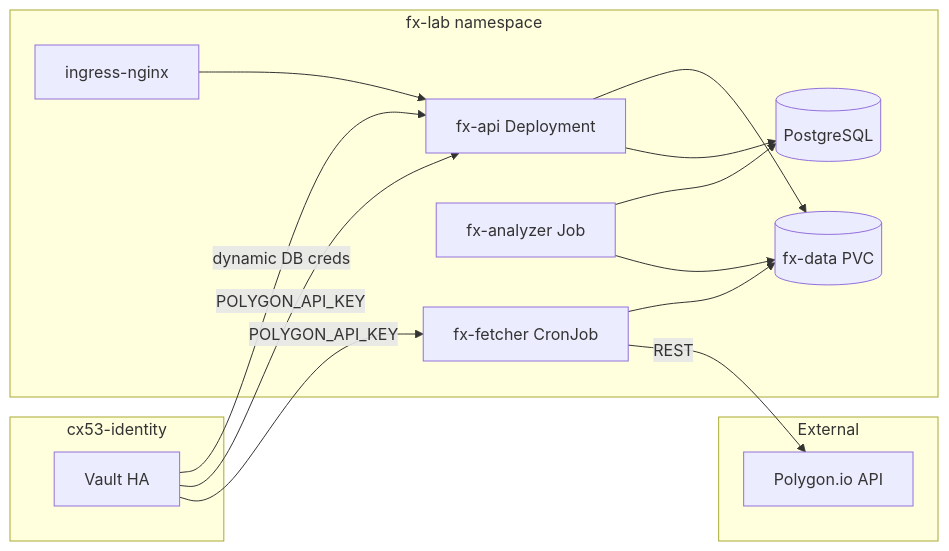
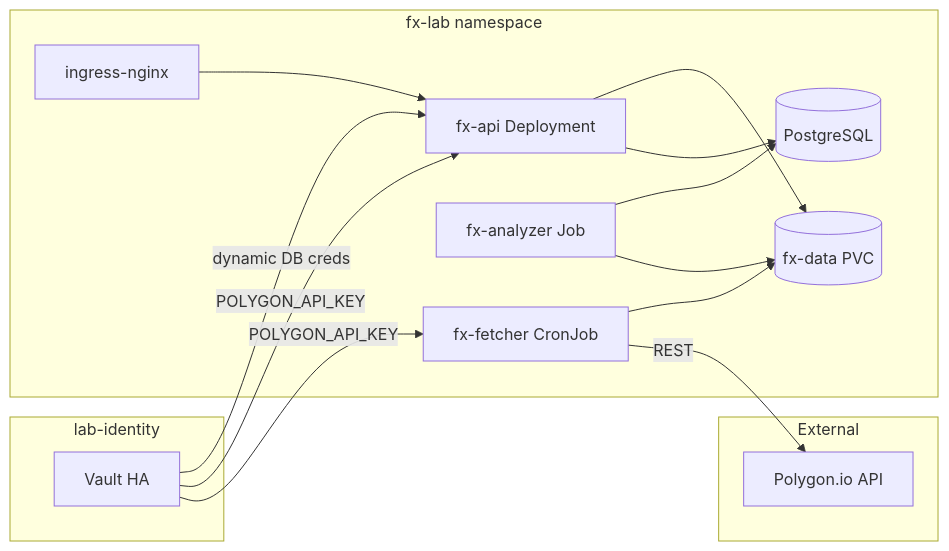
The first of 5 diagrams in _portfolio/vps-devops-lab.md (sfd-markets/cv), drawn with Mermaid before and after one commit. The commit also changed other lines of this file and 1 other file, not shown here.

````diff
--- a/_portfolio/vps-devops-lab.md
+++ b/_portfolio/vps-devops-lab.md
@@ -131,30 +131,30 @@
 ```mermaid
 flowchart LR
   subgraph external [External]
     polygon[Polygon.io API]
   end
 
-  subgraph identity [cx53-identity]
+  subgraph identity [lab-identity]
     vault[Vault HA]
   end
 
   subgraph fxLab [fx-lab namespace]
     cron[fx-fetcher CronJob]
     job[fx-analyzer Job]
     api[fx-api Deployment]
     pvc[(fx-data PVC)]
     pg[(PostgreSQL)]
     ingress[ingress-nginx]
   end
 
   vault -->|POLYGON_API_KEY| cron
   vault -->|POLYGON_API_KEY| api
   vault -->|dynamic DB creds| api
   cron -->|REST| polygon
   cron --> pvc
   job --> pvc
   job --> pg
   api --> pg
   api --> pvc
   ingress --> api
 ```
````
